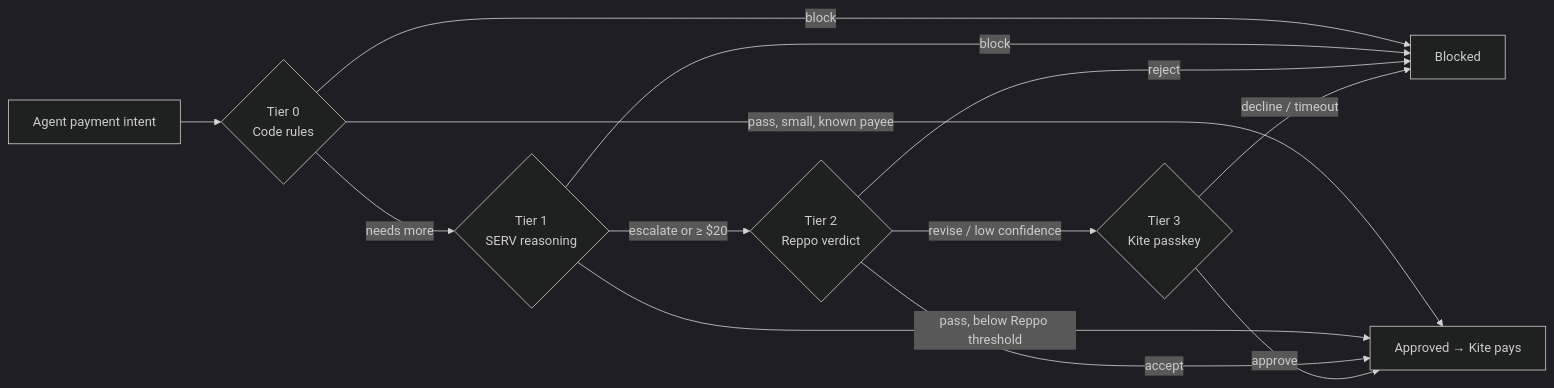
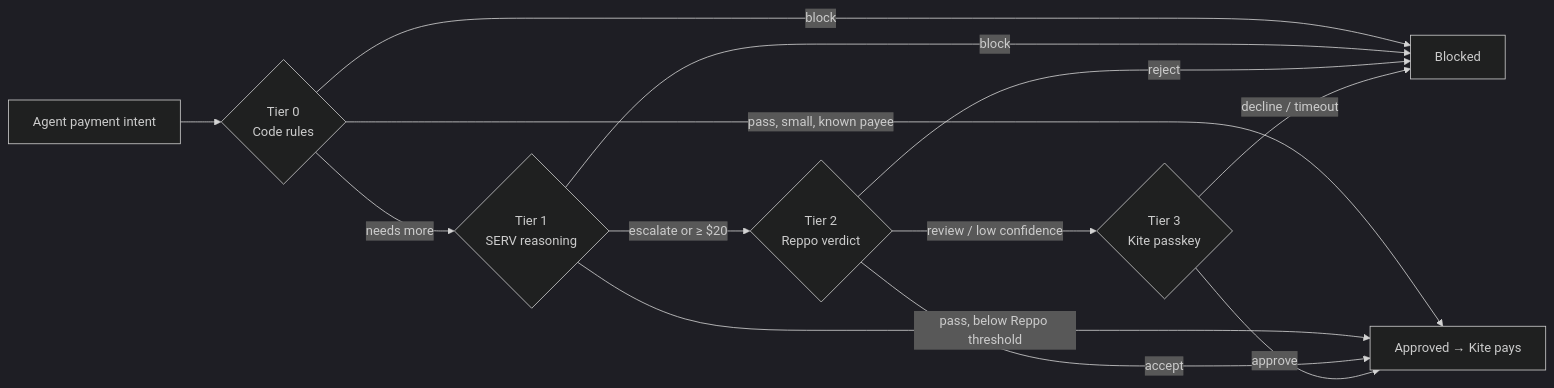
Before and after one commit to drained69/Countersign: the diagram in README.md, drawn with Mermaid (dark theme). The commit also changed other lines of this file and 33 other files, not shown here.

````diff
--- a/README.md
+++ b/README.md
@@ -65,15 +65,15 @@
 ```mermaid
 flowchart LR
     A[Agent payment intent] --> T0{Tier 0<br/>Code rules}
     T0 -- block --> X[Blocked]
     T0 -- pass, small, known payee --> OK[Approved → Kite pays]
     T0 -- needs more --> T1{Tier 1<br/>SERV reasoning}
     T1 -- block --> X
     T1 -- pass, below Reppo threshold --> OK
     T1 -- escalate or ≥ $20 --> T2{Tier 2<br/>Reppo verdict}
     T2 -- reject --> X
     T2 -- accept --> OK
-    T2 -- revise / low confidence --> T3{Tier 3<br/>Kite passkey}
+    T2 -- review / low confidence --> T3{Tier 3<br/>Kite passkey}
     T3 -- approve --> OK
     T3 -- decline / timeout --> X
 ```
````
